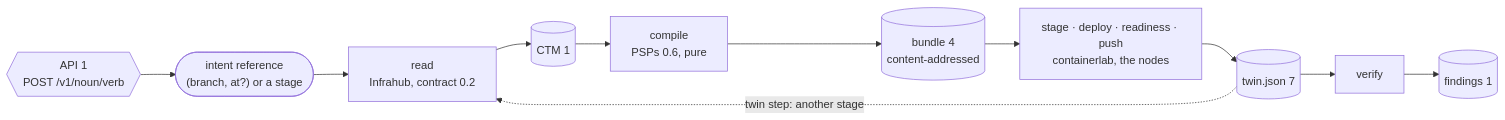
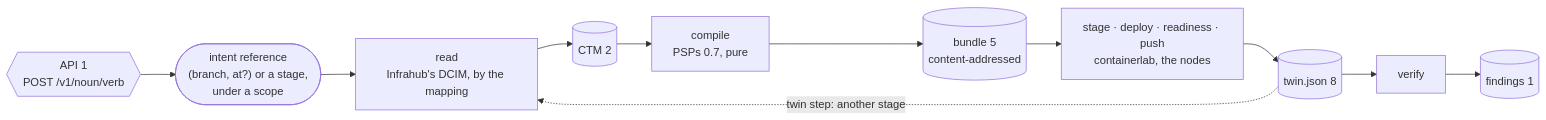
The first of 5 diagrams in docs/architecture.md (happypathnetworking/fylgja), drawn with Mermaid before and after one commit. The commit also changed other lines of this file and 8 other files, not shown here.

````diff
--- a/docs/architecture.md
+++ b/docs/architecture.md
@@ -95,15 +97,15 @@
 ```mermaid
 flowchart LR
     api{{"API 1<br/>POST /v1/noun/verb"}}
-    ref(["intent reference<br/>(branch, at?) or a stage"])
-    read["read<br/>Infrahub, contract 0.2"]
-    ctm[("CTM 1")]
-    compile["compile<br/>PSPs 0.6, pure"]
-    bundle[("bundle 4<br/>content-addressed")]
+    ref(["intent reference<br/>(branch, at?) or a stage,<br/>under a scope"])
+    read["read<br/>Infrahub's DCIM, by the mapping"]
+    ctm[("CTM 2")]
+    compile["compile<br/>PSPs 0.7, pure"]
+    bundle[("bundle 5<br/>content-addressed")]
     provision["stage · deploy · readiness · push<br/>containerlab, the nodes"]
-    twin[("twin.json 7")]
+    twin[("twin.json 8")]
     verify["verify"]
     doc[("findings 1")]
     api --> ref --> read --> ctm --> compile --> bundle --> provision --> twin --> verify --> doc
     twin -. "twin step: another stage" .-> read
 ```
````
